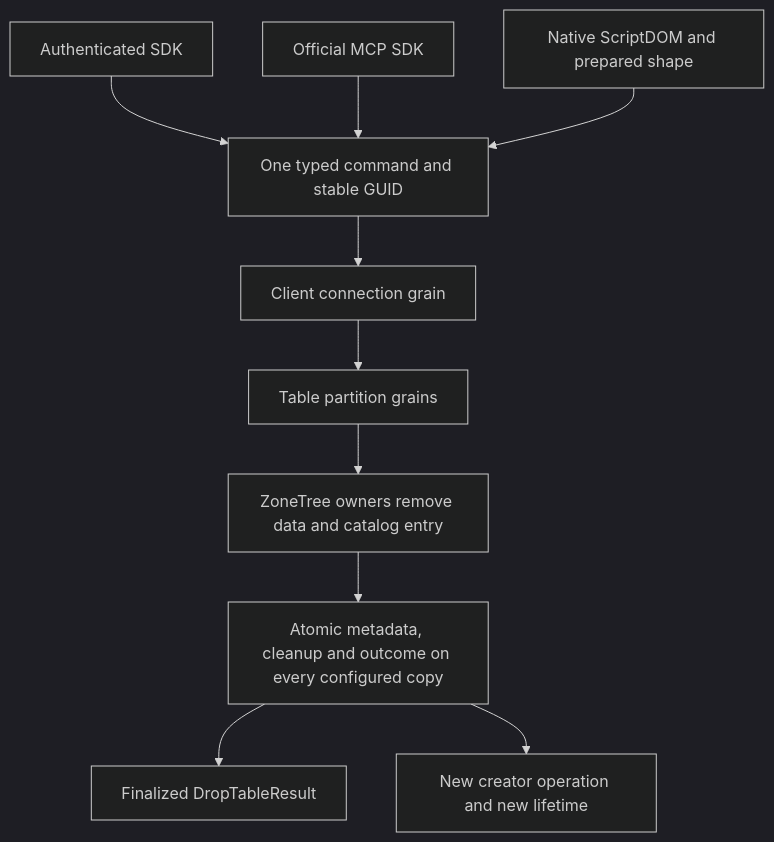
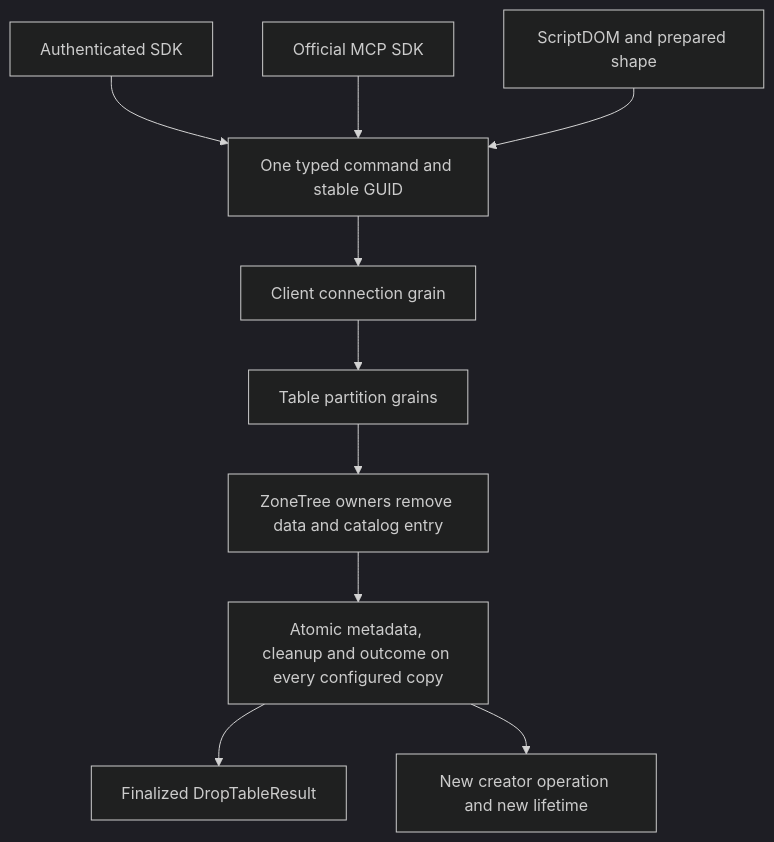
One commit to managedcode/KeyLoad changed the diagram in docs/Features/RelationalStorage/DropTable.md. Above: the diagram before and after it, drawn with Mermaid (dark theme). The commit also changed other lines of this file and 9016 other files, not shown here.

````diff
--- a/docs/Features/RelationalStorage/DropTable.md
+++ b/docs/Features/RelationalStorage/DropTable.md
@@ -25,12 +25,12 @@
 ```mermaid
 flowchart TD
     SDK[Authenticated SDK] --> Decode[One typed command and stable GUID]
     MCP[Official MCP SDK] --> Decode
-    SQL[Native ScriptDOM and prepared shape] --> Decode
+    SQL[ScriptDOM and prepared shape] --> Decode
     Decode --> Conn[Client connection grain]
     Conn --> Parts[Table partition grains]
     Parts --> Owners[ZoneTree owners remove data and catalog entry]
     Owners --> Commit[Atomic metadata, cleanup and outcome on every configured copy]
     Commit --> Result[Finalized DropTableResult]
     Commit --> Recreate[New creator operation and new lifetime]
 ```
````
